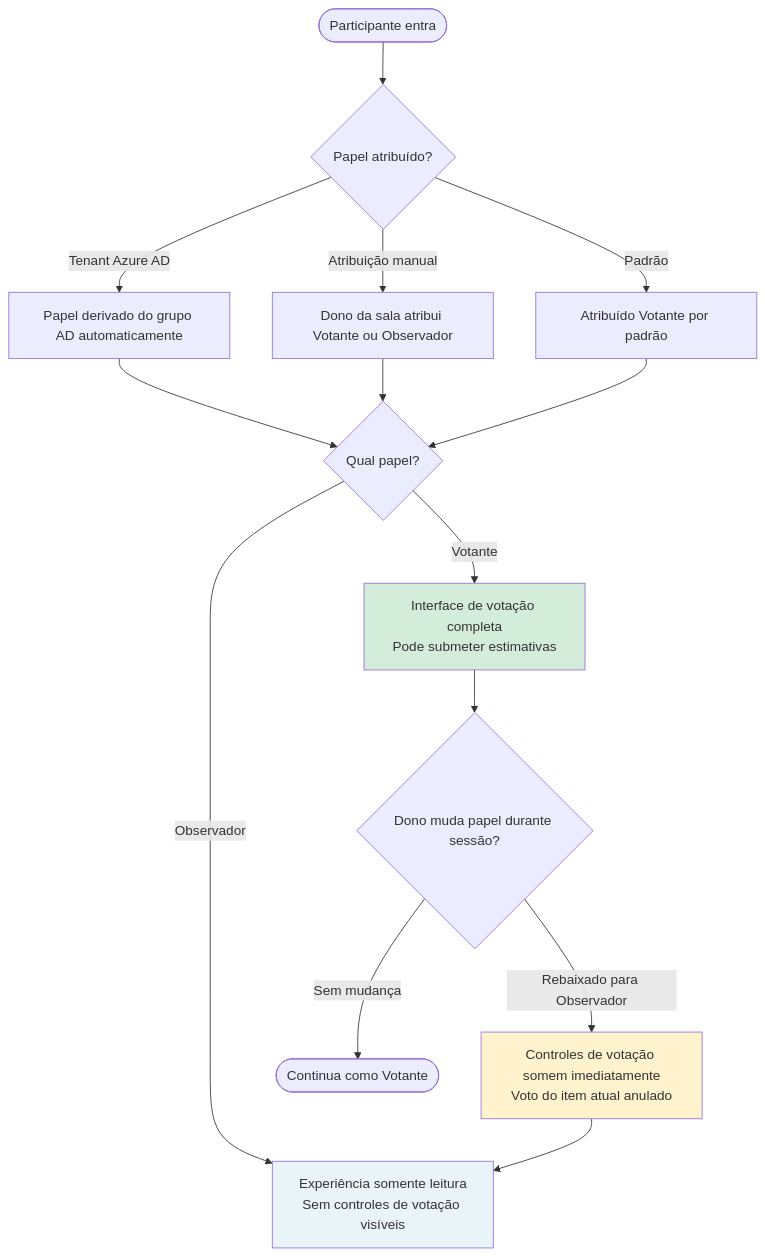
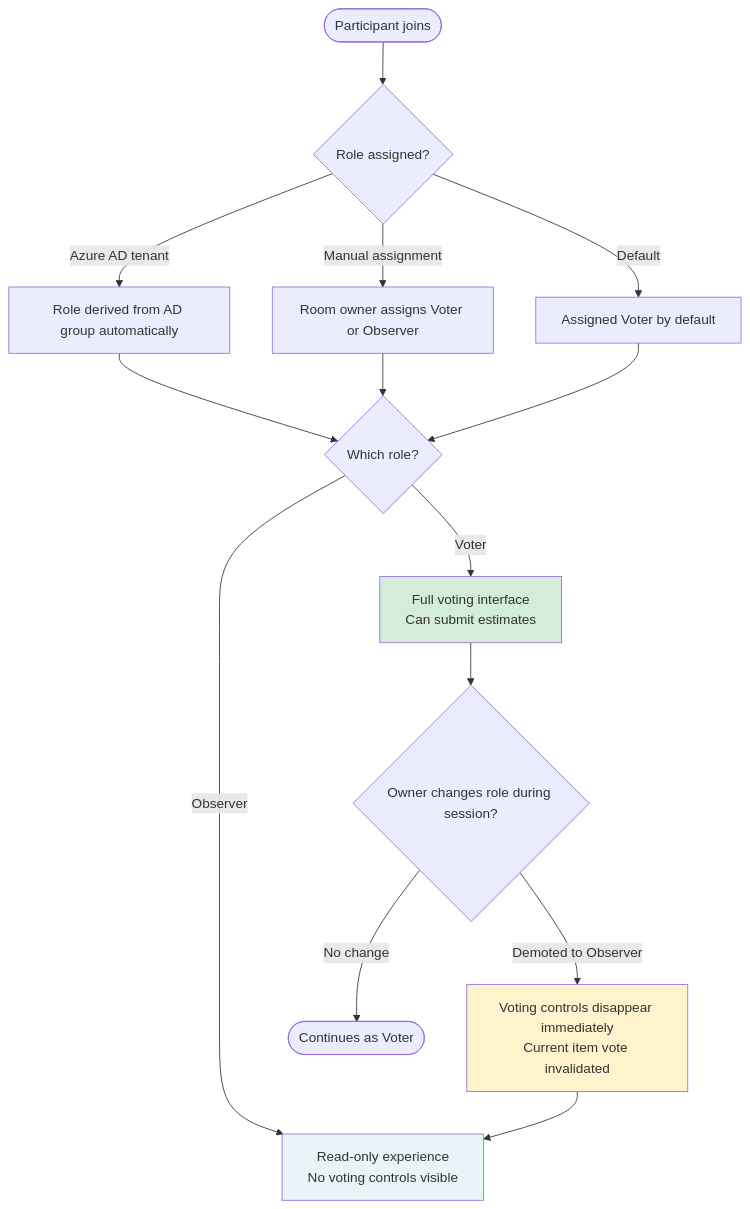
The fourth of 7 diagrams in docs/use-cases/case-poker/07.1-product-backlog-access-control.md (hugo-hsbtech/teamwork-process), drawn with Mermaid before and after one commit. The commit also changed other lines of this file and 63 other files, not shown here.

````diff
--- a/docs/use-cases/case-poker/07.1-product-backlog-access-control.md
+++ b/docs/use-cases/case-poker/07.1-product-backlog-access-control.md
@@ -141,23 +141,23 @@
 ```mermaid
 flowchart TD
-    A([Participante entra]) --> B{Papel atribuído?}
-    B -- Tenant Azure AD --> C[Papel derivado do grupo AD automaticamente]
-    B -- Atribuição manual --> D[Dono da sala atribui Votante ou Observador]
-    B -- Padrão --> E[Atribuído Votante por padrão]
+    A([Participant joins]) --> B{Role assigned?}
+    B -- Azure AD tenant --> C[Role derived from AD group automatically]
+    B -- Manual assignment --> D[Room owner assigns Voter or Observer]
+    B -- Default --> E[Assigned Voter by default]
 
-    C --> F{Qual papel?}
+    C --> F{Which role?}
     D --> F
     E --> F
 
-    F -- Votante --> G[Interface de votação completa\nPode submeter estimativas]
-    F -- Observador --> H[Experiência somente leitura\nSem controles de votação visíveis]
+    F -- Voter --> G[Full voting interface\nCan submit estimates]
+    F -- Observer --> H[Read-only experience\nNo voting controls visible]
 
-    G --> I{Dono muda papel durante sessão?}
-    I -- Rebaixado para Observador --> J[Controles de votação somem imediatamente\nVoto do item atual anulado]
-    I -- Sem mudança --> K([Continua como Votante])
+    G --> I{Owner changes role during session?}
+    I -- Demoted to Observer --> J[Voting controls disappear immediately\nCurrent item vote invalidated]
+    I -- No change --> K([Continues as Voter])
     J --> H
 
     style G fill:#d4edda
     style H fill:#e8f4f8
     style J fill:#fff3cd
 ```
````
